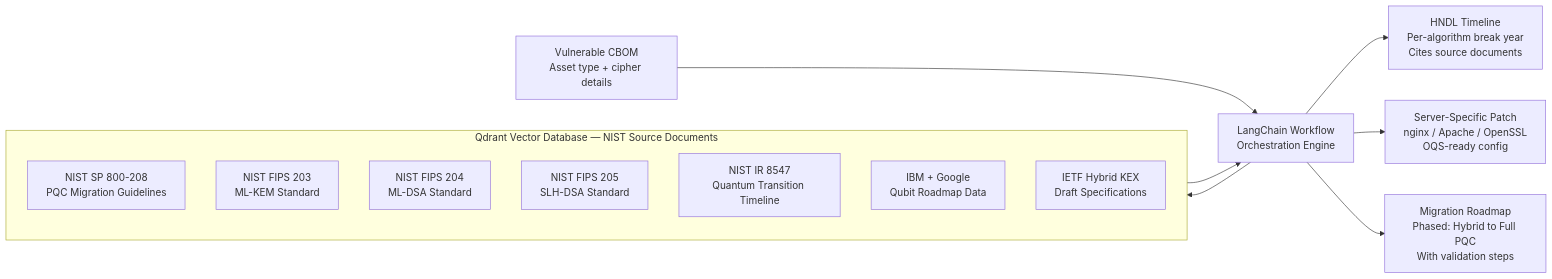
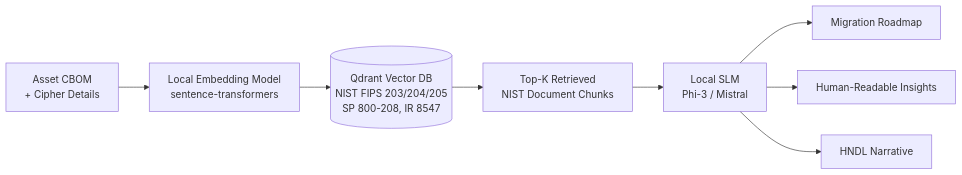
The fifth of 7 diagrams in SOLUTION.md (notgautham/Aegis), drawn with Mermaid before and after one commit. The commit also changed other lines of this file and 4 other files, not shown here.

````diff
--- a/SOLUTION.md
+++ b/SOLUTION.md
@@ -469,22 +488,10 @@
 ```mermaid
-flowchart LR
-    VULN_CBOM[Vulnerable CBOM<br>Asset type + cipher details]
-    VULN_CBOM --> LangChain[LangChain Workflow<br>Orchestration Engine]
-
-    subgraph QDRANT["Qdrant Vector Database — NIST Source Documents"]
-        DOC1[NIST SP 800-208<br>PQC Migration Guidelines]
-        DOC2[NIST FIPS 203<br>ML-KEM Standard]
-        DOC3[NIST FIPS 204<br>ML-DSA Standard]
-        DOC4[NIST FIPS 205<br>SLH-DSA Standard]
-        DOC5[NIST IR 8547<br>Quantum Transition Timeline]
-        DOC6[IBM + Google<br>Qubit Roadmap Data]
-        DOC7[IETF Hybrid KEX<br>Draft Specifications]
-    end
-
-    LangChain --> QDRANT
-    QDRANT --> LangChain
-
-    LangChain --> HNDL_OUT[HNDL Timeline<br>Per-algorithm break year<br>Cites source documents]
-    LangChain --> PATCH_OUT[Server-Specific Patch<br>nginx / Apache / OpenSSL<br>OQS-ready config]
-    LangChain --> MIGRATE_OUT[Migration Roadmap<br>Phased: Hybrid to Full PQC<br>With validation steps]
+graph LR
+    QUERY[Asset CBOM<br>+ Cipher Details] --> LOCAL_EMB[Local Embedding Model<br>sentence-transformers]
+    LOCAL_EMB --> QDRANT[(Qdrant Vector DB<br>NIST FIPS 203/204/205<br>SP 800-208, IR 8547)]
+    QDRANT --> CHUNKS[Top-K Retrieved<br>NIST Document Chunks]
+    CHUNKS --> LOCAL_SLM[Local SLM<br>Phi-3 / Mistral]
+    LOCAL_SLM --> ROADMAP[Migration Roadmap]
+    LOCAL_SLM --> INSIGHTS[Human-Readable Insights]
+    LOCAL_SLM --> NARRATIVE[HNDL Narrative]
 ```
````
